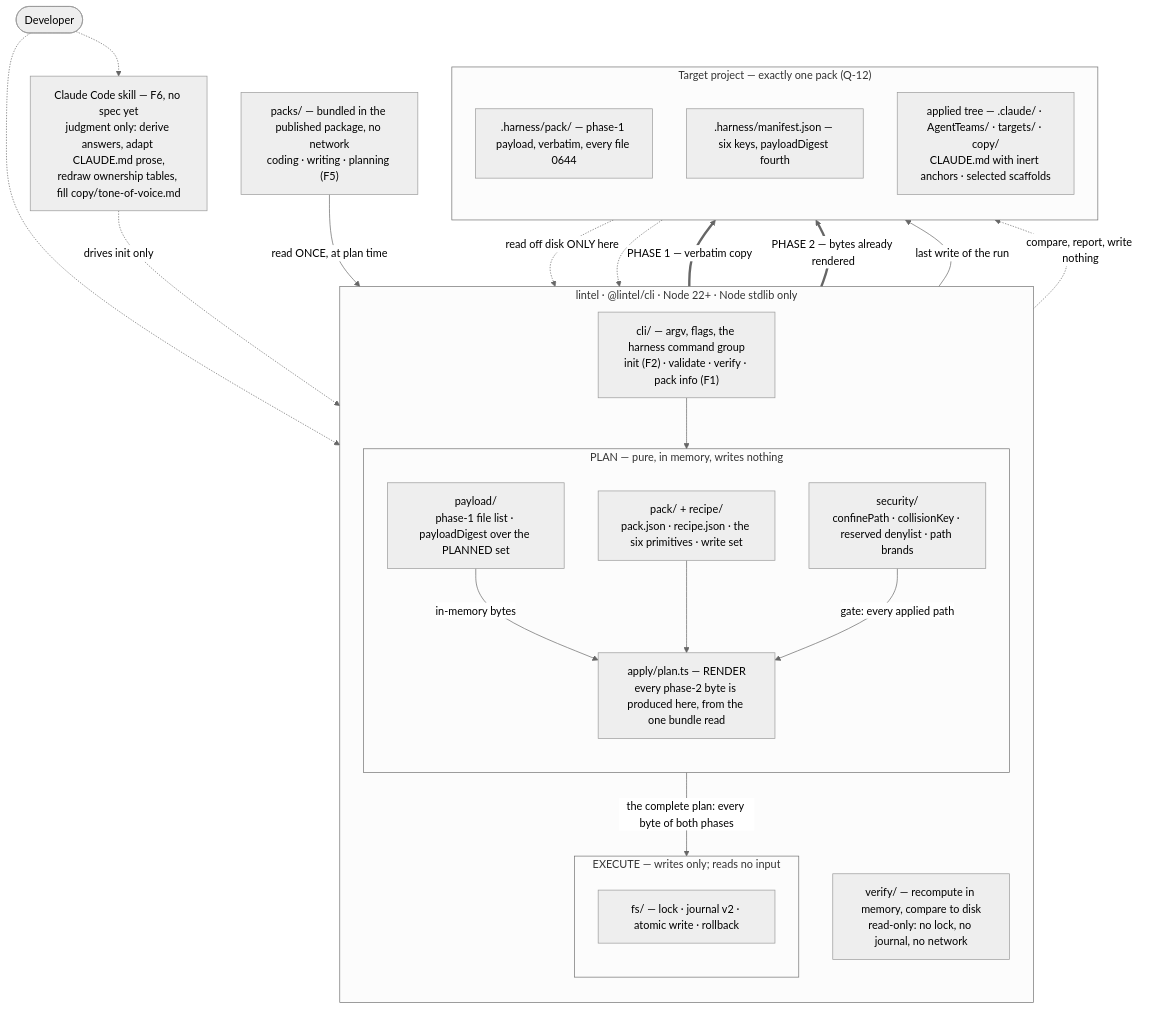
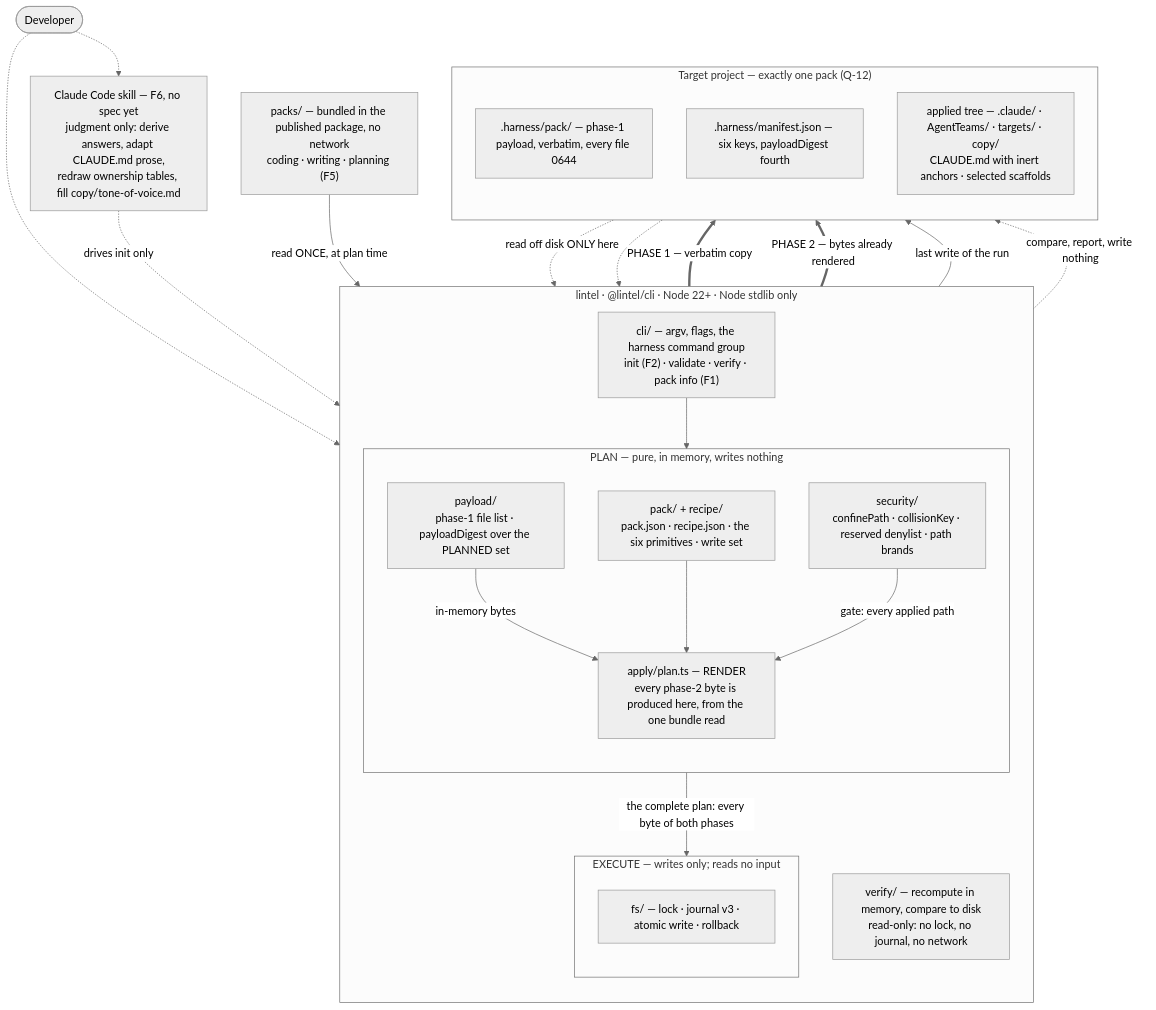
One commit to ThomasHoest/lintel-harness changed the diagram in specifications/general/system-architecture.md. Above: the diagram before and after it, drawn with Mermaid (neutral theme). The commit also changed other lines of this file and 7 other files, not shown here.

````diff
--- a/specifications/general/system-architecture.md
+++ b/specifications/general/system-architecture.md
@@ -111,49 +111,49 @@
 ```mermaid
 flowchart TB
   dev(["Developer"])
   skill["Claude Code skill — F6, no spec yet<br/>judgment only: derive answers, adapt CLAUDE.md prose,<br/>redraw ownership tables, fill copy/tone-of-voice.md"]
   bundle["packs/ — bundled in the published package, no network<br/>coding · writing · planning (F5)"]
 
   subgraph cli["lintel · @lintel/cli · Node 22+ · Node stdlib only"]
     direction TB
     cliq["cli/ — argv, flags, the harness command group<br/>init (F2) · validate · verify · pack info (F1)"]
 
     subgraph planner["PLAN — pure, in memory, writes nothing"]
       direction TB
       pk["pack/ + recipe/<br/>pack.json · recipe.json · the six primitives · write set"]
       se["security/<br/>confinePath · collisionKey · reserved denylist · path brands"]
       pl["payload/<br/>phase-1 file list · payloadDigest over the PLANNED set"]
       rn["apply/plan.ts — RENDER<br/>every phase-2 byte is produced here, from the one bundle read"]
     end
 
     subgraph writer["EXECUTE — writes only; reads no input"]
       direction TB
-      fsw["fs/ — lock · journal v2 · atomic write · rollback"]
+      fsw["fs/ — lock · journal v3 · atomic write · rollback"]
     end
 
     vf["verify/ — recompute in memory, compare to disk<br/>read-only: no lock, no journal, no network"]
   end
 
   subgraph proj["Target project — exactly one pack (Q-12)"]
     direction TB
     hp[".harness/pack/ — phase-1 payload, verbatim, every file 0644"]
     hm[".harness/manifest.json — six keys, payloadDigest fourth"]
     ap["applied tree — .claude/ · AgentTeams/ · targets/ · copy/<br/>CLAUDE.md with inert anchors · selected scaffolds"]
   end
 
   dev -.-> skill
   dev -.-> cliq
   skill -.->|drives init only| cliq
   cliq --> pk
   bundle -->|"read ONCE, at plan time"| pl
   pl -->|in-memory bytes| rn
   pk --> rn
   se -->|"gate: every applied path"| rn
   rn -->|"the complete plan: every byte of both phases"| fsw
   fsw ==>|"PHASE 1 — verbatim copy"| hp
   fsw ==>|"PHASE 2 — bytes already rendered"| ap
   fsw -->|"last write of the run"| hm
   hp -.->|"read off disk ONLY here"| vf
   hm -.-> vf
   vf -.->|compare, report, write nothing| ap
 ```
````
